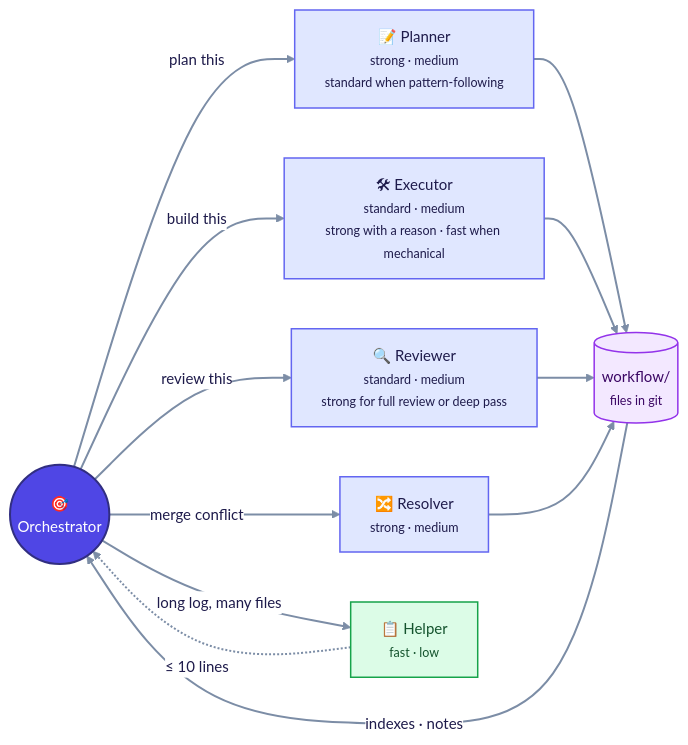
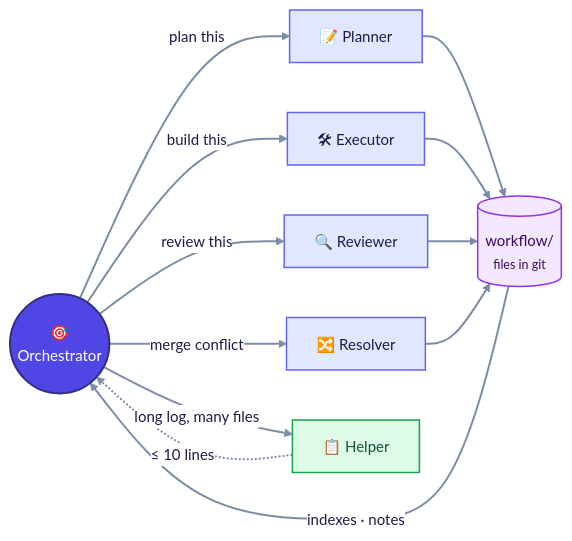
Before and after one commit to llunde/lelstack: the second of 6 diagrams in autonomous-build-workflow/README.md, drawn with Mermaid. The commit also changed other lines of this file, not shown here.

````diff
--- a/autonomous-build-workflow/README.md
+++ b/autonomous-build-workflow/README.md
@@ -131,33 +131,33 @@
 ```mermaid
 %%{init: {"theme": "base", "themeVariables": {"fontFamily": "-apple-system, Segoe UI, Helvetica, Arial, sans-serif", "fontSize": "15px", "primaryColor": "#EEF2FF", "primaryBorderColor": "#6366F1", "primaryTextColor": "#1E1B4B", "lineColor": "#7C8DA6", "clusterBkg": "#F8FAFC", "clusterBorder": "#CBD5E1", "edgeLabelBackground": "#FFFFFF", "tertiaryColor": "#F8FAFC"}}}%%
 flowchart LR
     O(("🎯<br/>Orchestrator"))
-    PL["📝 Planner<br/><small>strong · medium<br/>standard when pattern-following</small>"]
-    EX["🛠 Executor<br/><small>standard · medium<br/>strong with a reason · fast when mechanical</small>"]
-    RV["🔍 Reviewer<br/><small>standard · medium<br/>strong for full review or deep pass</small>"]
-    RS["🔀 Resolver<br/><small>strong · medium</small>"]
-    HP["📋 Helper<br/><small>fast · low</small>"]
+    PL["📝 Planner"]
+    EX["🛠 Executor"]
+    RV["🔍 Reviewer"]
+    RS["🔀 Resolver"]
+    HP["📋 Helper"]
     FS[("workflow/<br/><small>files in git</small>")]
     O -->|plan this| PL
     O -->|build this| EX
     O -->|review this| RV
     O -->|merge conflict| RS
     O -->|long log, many files| HP
     PL & EX & RV & RS --> FS
     HP -.->|≤ 10 lines| O
     FS ==>|indexes · notes| O
 
     classDef default fill:#EEF2FF,stroke:#6366F1,stroke-width:1.5px,color:#1E1B4B
     classDef human fill:#FEF3C7,stroke:#D97706,stroke-width:2px,color:#78350F
     classDef agent fill:#E0E7FF,stroke:#6366F1,stroke-width:1.5px,color:#1E1B4B
     classDef check fill:#DCFCE7,stroke:#16A34A,stroke-width:1.5px,color:#14532D
     classDef git fill:#F3E8FF,stroke:#9333EA,stroke-width:1.5px,color:#3B0764
     classDef stop fill:#FEE2E2,stroke:#DC2626,stroke-width:1.5px,color:#7F1D1D
     classDef done fill:#D1FAE5,stroke:#059669,stroke-width:2px,color:#064E3B
     classDef lead fill:#4F46E5,stroke:#312E81,stroke-width:2px,color:#FFFFFF
     linkStyle default stroke-width:2px
     class PL,EX,RV,RS agent
     class HP check
     class FS git
     class O lead
 ```
````
